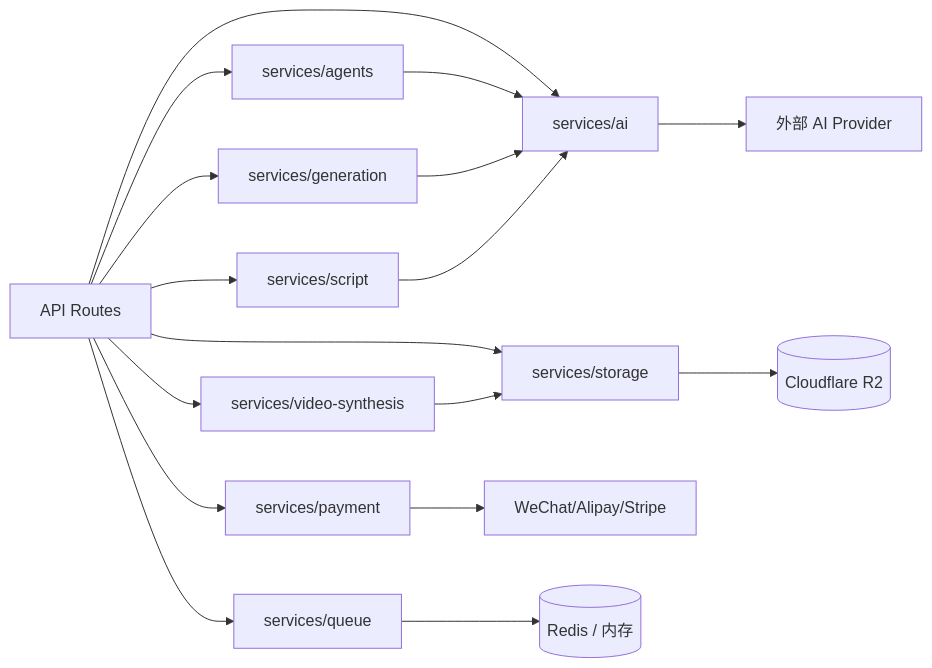
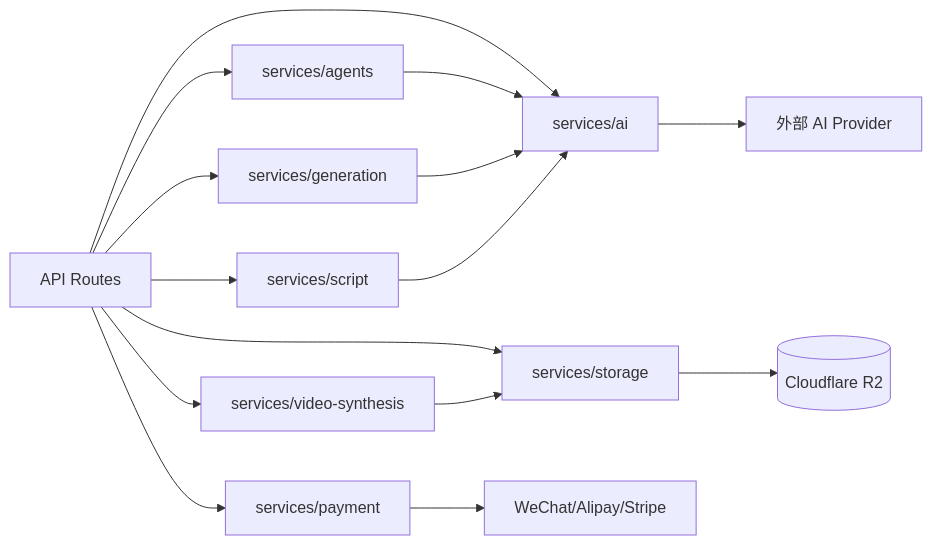
Before and after one commit to xiangbo1997/ai-comic-drama: the diagram in app/src/services/CLAUDE.md, drawn with Mermaid. The commit also changed other lines of this file and 42 other files, not shown here.

````diff
--- a/app/src/services/CLAUDE.md
+++ b/app/src/services/CLAUDE.md
@@ -31,20 +30,18 @@
 ```mermaid
 graph LR
     API[API Routes] --> AI[services/ai]
     API --> AGENTS[services/agents]
     API --> GEN[services/generation]
-    API --> QUEUE[services/queue]
     API --> SCRIPT[services/script]
     API --> STORE[services/storage]
     API --> PAY[services/payment]
     API --> VS[services/video-synthesis]
 
     AGENTS --> AI
     GEN --> AI
     SCRIPT --> AI
     VS --> STORE
     AI --> EXT[外部 AI Provider]
     STORE --> R2[(Cloudflare R2)]
     PAY --> PAYPROV[WeChat/Alipay/Stripe]
-    QUEUE --> REDIS[(Redis / 内存)]
 ```
````
